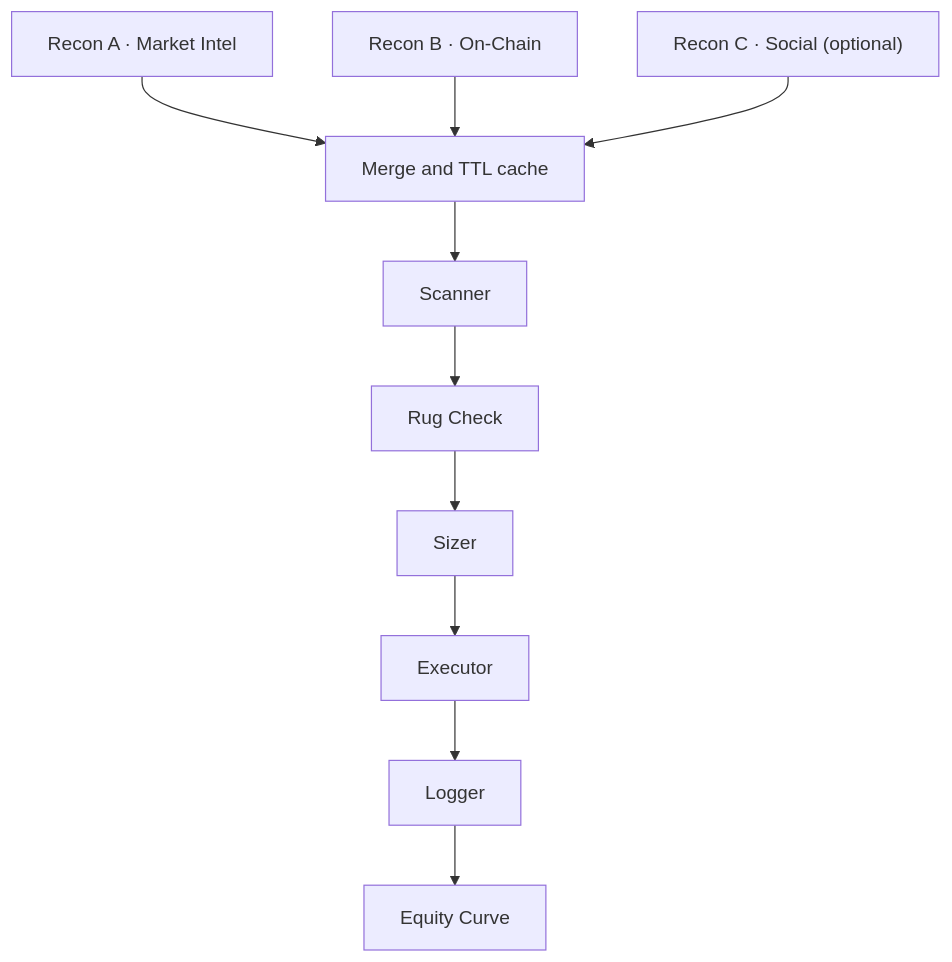
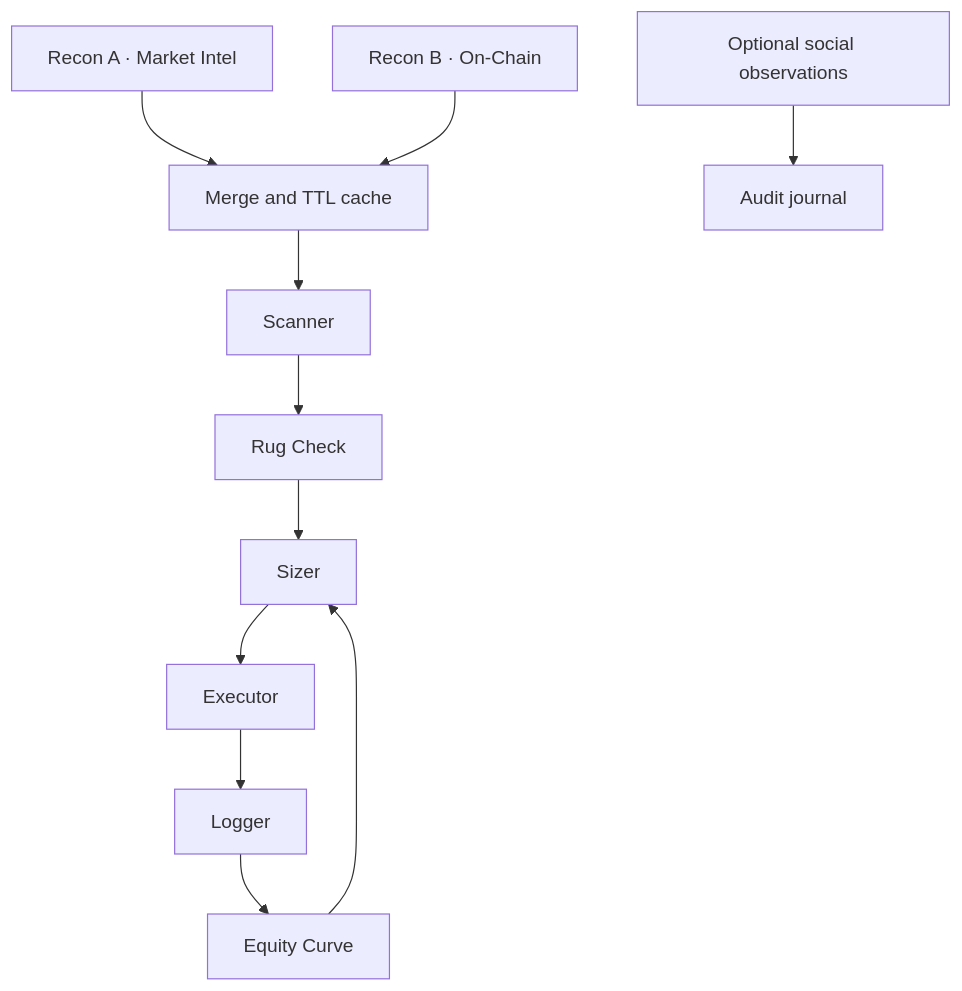
The diagram in docs/architecture.md (cmarin001/dex-orchestrator), drawn with Mermaid before and after one commit. The commit also changed other lines of this file and 66 other files, not shown here.

````diff
--- a/docs/architecture.md
+++ b/docs/architecture.md
@@ -3,8 +3,9 @@
 ```mermaid
 flowchart TD
   A["Recon A · Market Intel"] --> Merge["Merge and TTL cache"]
   B["Recon B · On-Chain"] --> Merge
-  C["Recon C · Social (optional)"] --> Merge
+  C["Optional social observations"] --> Audit["Audit journal"]
+  Equity --> Sizer
   Merge --> Scanner --> Risk["Rug Check"] --> Sizer
   Sizer --> Executor --> Logger --> Equity["Equity Curve"]
 ```
````
